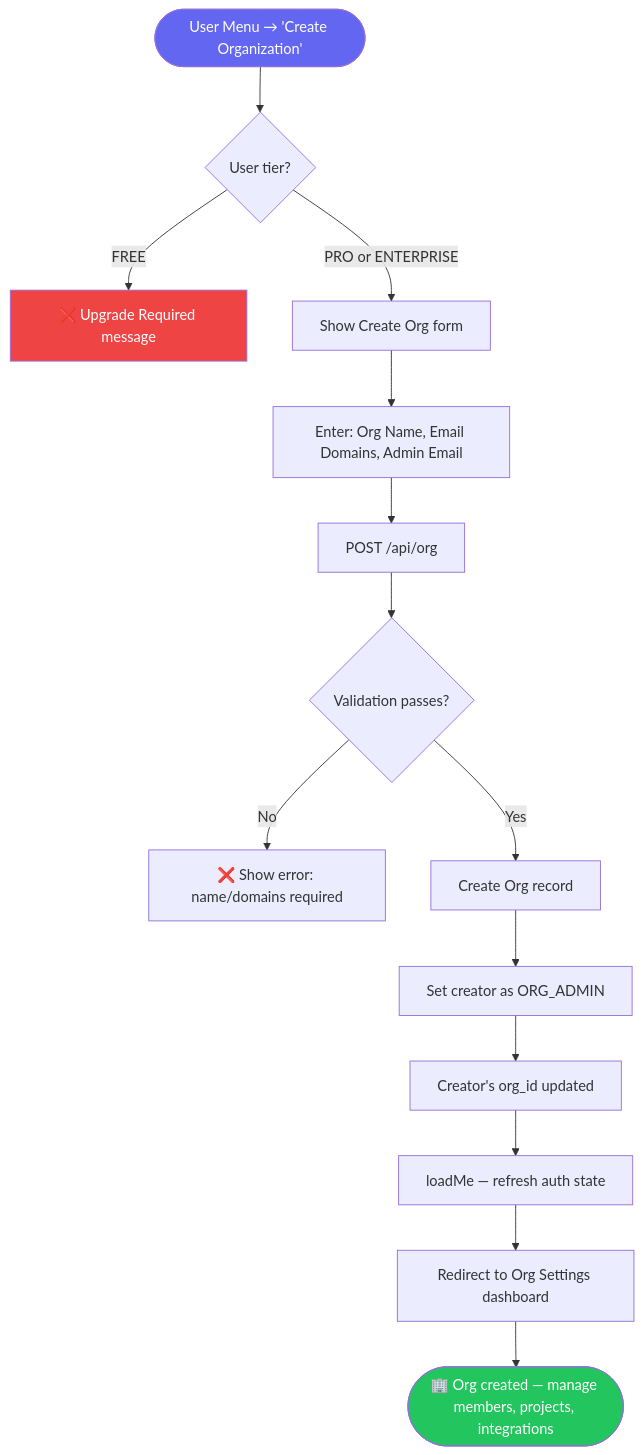
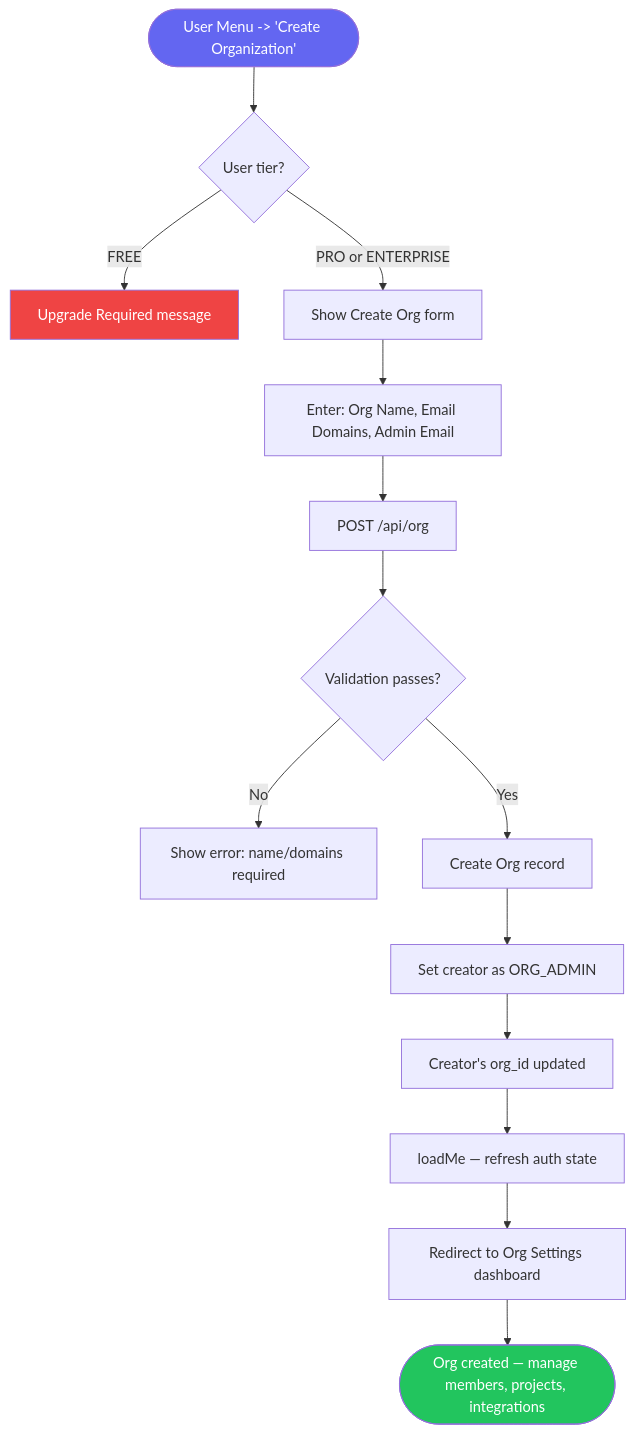
One commit to navneetprabhakar/executespec changed the ninth of 36 diagrams in docs/WORKFLOWS.md. Above: the diagram before and after it, drawn with Mermaid. The commit also changed other lines of this file and 47 other files, not shown here.

````diff
--- a/docs/WORKFLOWS.md
+++ b/docs/WORKFLOWS.md
@@ -187,20 +324,20 @@
 ```mermaid
 flowchart TD
-    A([User Menu → 'Create Organization']) --> B{User tier?}
-    B -->|FREE| C[❌ Upgrade Required message]
+    A([User Menu -> 'Create Organization']) --> B{User tier?}
+    B -->|FREE| C[Upgrade Required message]
     B -->|PRO or ENTERPRISE| D[Show Create Org form]
     D --> E[Enter: Org Name, Email Domains, Admin Email]
     E --> F[POST /api/org]
     F --> G{Validation passes?}
-    G -->|No| H[❌ Show error: name/domains required]
+    G -->|No| H[Show error: name/domains required]
     G -->|Yes| I[Create Org record]
     I --> J[Set creator as ORG_ADMIN]
     J --> K[Creator's org_id updated]
     K --> L[loadMe — refresh auth state]
     L --> M[Redirect to Org Settings dashboard]
-    M --> N([🏢 Org created — manage members, projects, integrations])
+    M --> N([Org created — manage members, projects, integrations])
 
     style A fill:#6366f1,color:#fff
     style N fill:#22c55e,color:#fff
     style C fill:#ef4444,color:#fff
 ```
````
